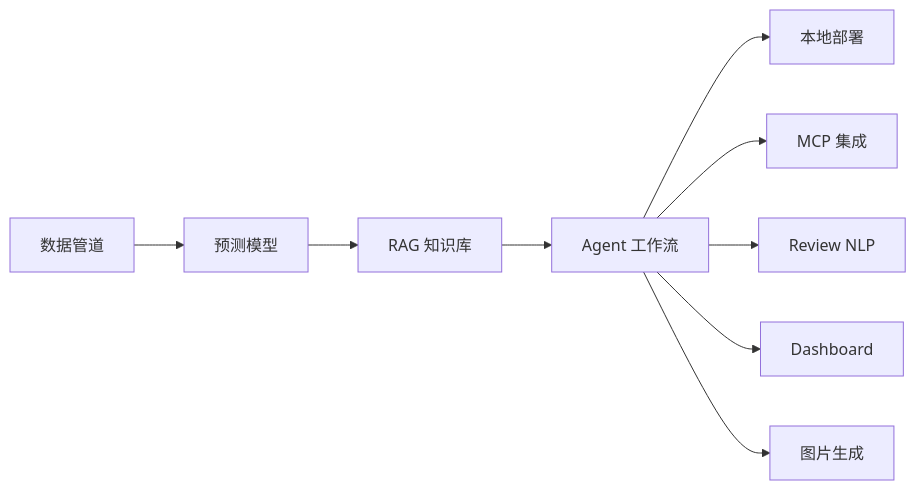
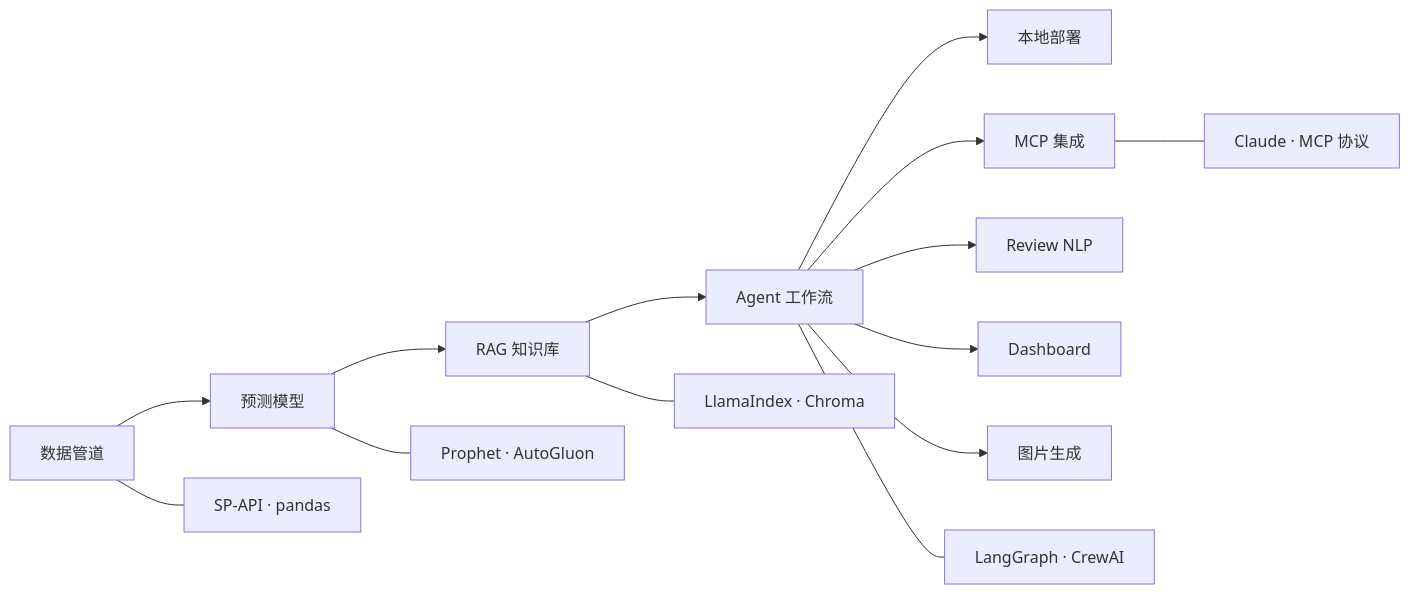
Before and after one commit to kangise/ecommerce-ai-roadmap: the third of 4 diagrams in README.md, drawn with Mermaid. The commit also changed other lines of this file, not shown here.

First line of the commit message:
enhance: add second-level detail to all mermaid diagrams

````diff
--- a/README.md
+++ b/README.md
@@ -193,11 +229,17 @@
 ```mermaid
 flowchart LR
     B1[数据管道] --> B2[预测模型]
     B2 --> B3[RAG 知识库]
     B3 --> B4[Agent 工作流]
     B4 --> B5[本地部署]
     B4 --> B6[MCP 集成]
     B4 --> B7[Review NLP]
     B4 --> B8[Dashboard]
     B4 --> B9[图片生成]
+
+    B1 --- B1a[SP-API · pandas]
+    B2 --- B2a[Prophet · AutoGluon]
+    B3 --- B3a[LlamaIndex · Chroma]
+    B4 --- B4a[LangGraph · CrewAI]
+    B6 --- B6a[Claude · MCP 协议]
 ```
````
